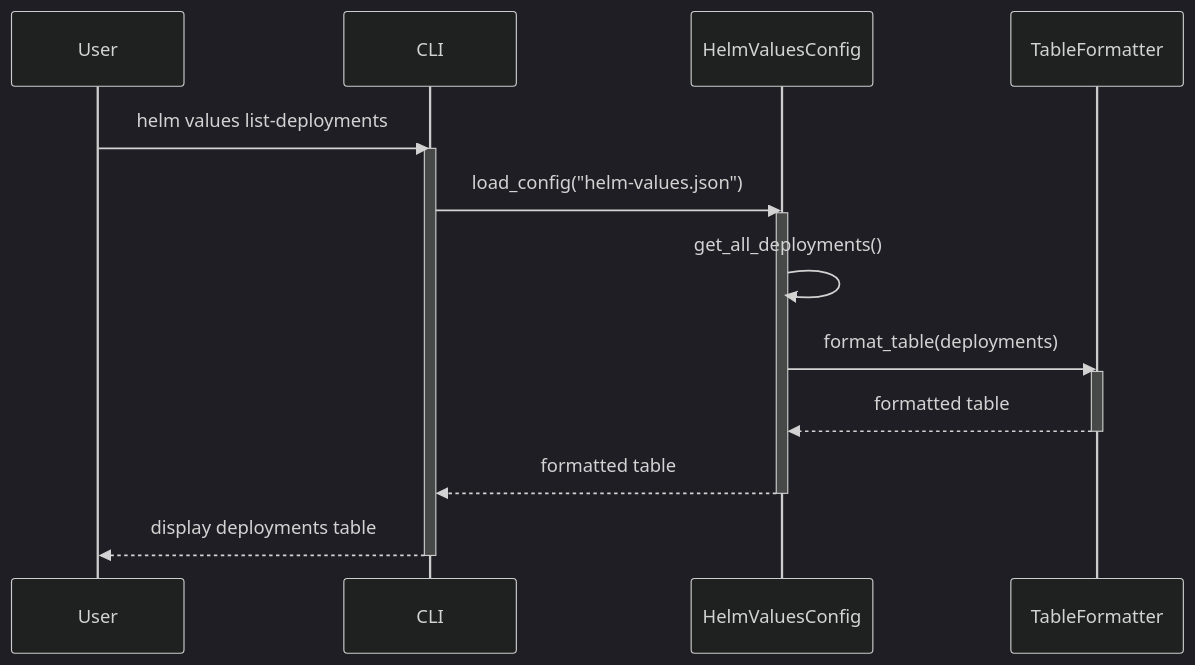
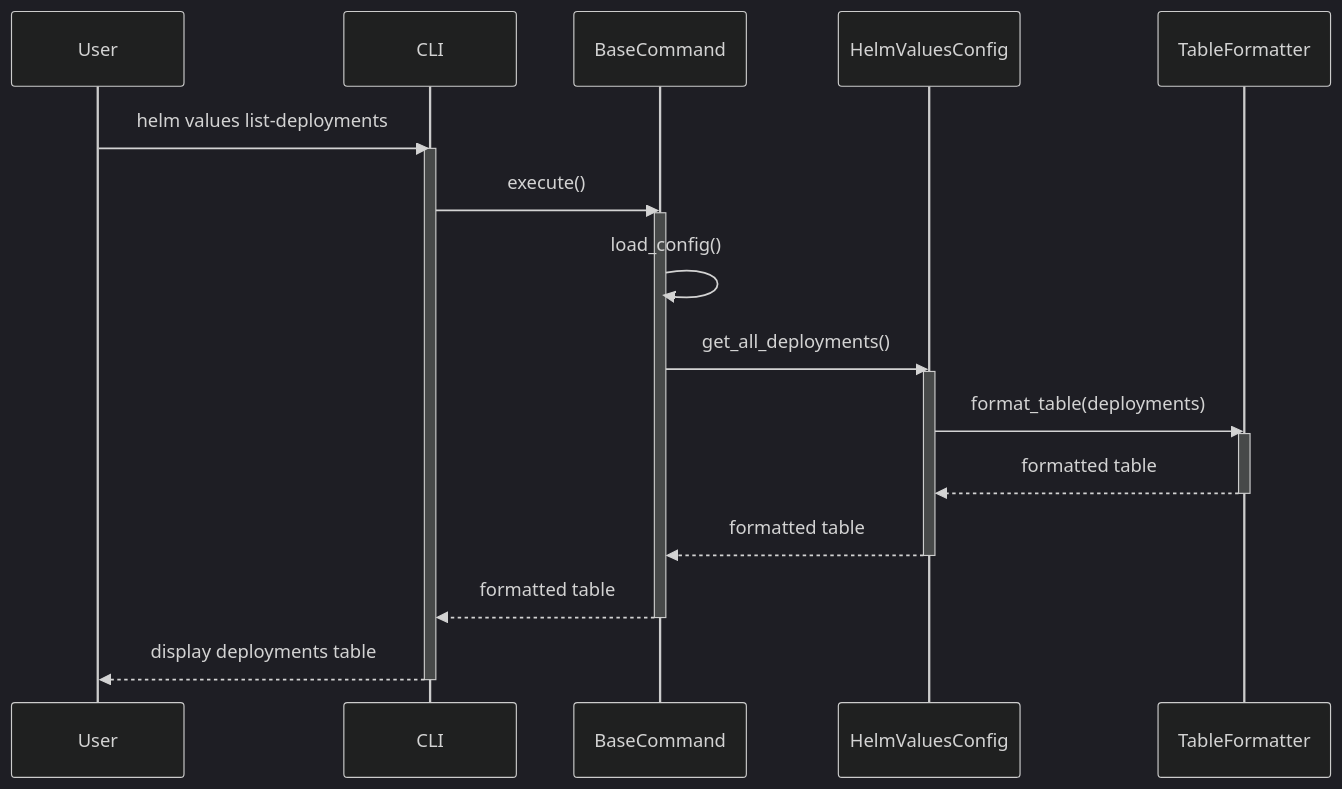
The ninth of 12 diagrams in docs/Design/sequence-diagrams.md (Zipstack/helm-values-manager), drawn with Mermaid (dark theme) before and after one commit. The commit also changed other lines of this file and 16 other files, not shown here.

````diff
--- a/docs/Design/sequence-diagrams.md
+++ b/docs/Design/sequence-diagrams.md
@@ -286,26 +388,32 @@
 ```mermaid
 sequenceDiagram
     participant User
     participant CLI
+    participant BaseCommand
     participant HelmValuesConfig
     participant TableFormatter
 
     User->>CLI: helm values list-deployments
     activate CLI
 
-    CLI->>HelmValuesConfig: load_config("helm-values.json")
+    CLI->>BaseCommand: execute()
+    activate BaseCommand
+
+    BaseCommand->>BaseCommand: load_config()
+    BaseCommand->>HelmValuesConfig: get_all_deployments()
     activate HelmValuesConfig
-
-    HelmValuesConfig->>HelmValuesConfig: get_all_deployments()
 
     HelmValuesConfig->>TableFormatter: format_table(deployments)
     activate TableFormatter
     TableFormatter-->>HelmValuesConfig: formatted table
     deactivate TableFormatter
 
-    HelmValuesConfig-->>CLI: formatted table
+    HelmValuesConfig-->>BaseCommand: formatted table
     deactivate HelmValuesConfig
+
+    BaseCommand-->>CLI: formatted table
+    deactivate BaseCommand
 
     CLI-->>User: display deployments table
     deactivate CLI
 ```
````
